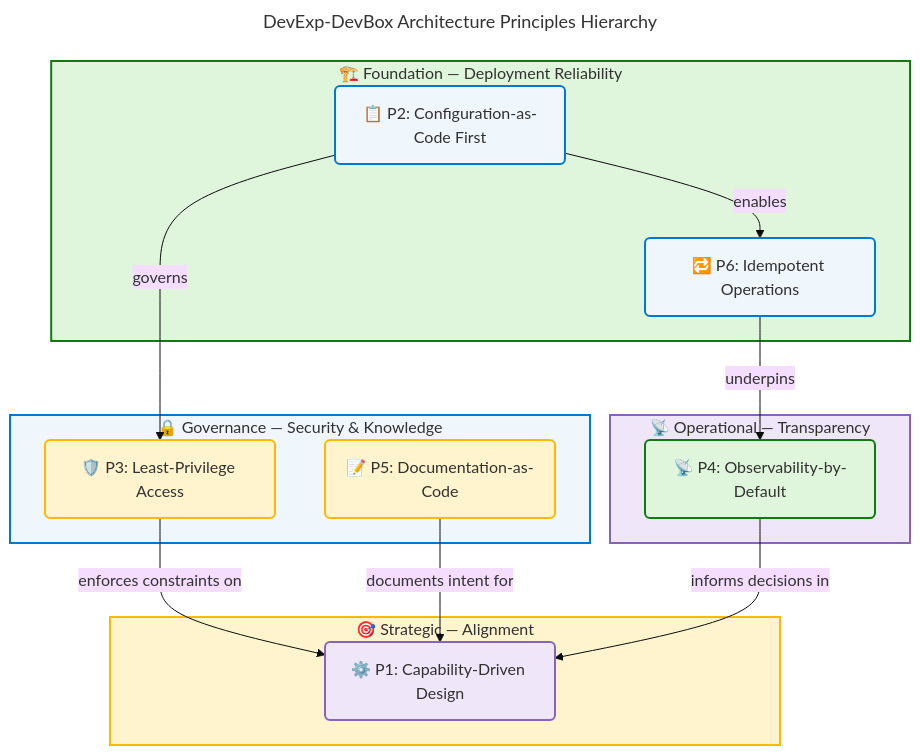
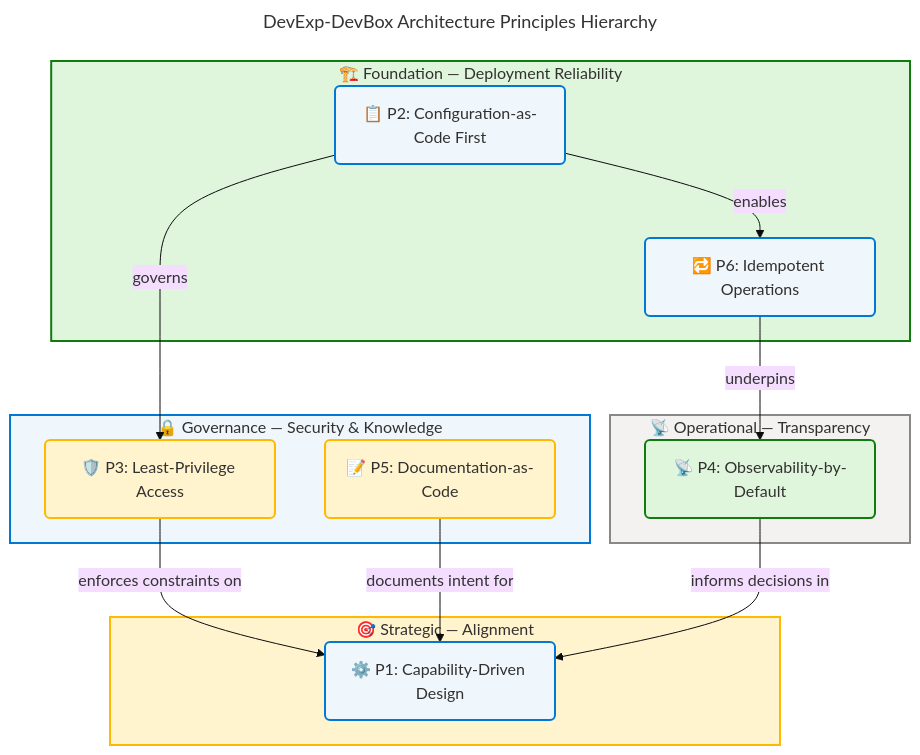
Before and after one commit to Evilazaro/DevExp-DevBox: the third of 7 diagrams in docs/architecture/business-architecture.md, drawn with Mermaid. The commit also changed other lines of this file and 1 other file, not shown here.

Commit message:
refactor: Update Mermaid diagram styles for improved visual consistency in data architecture documentation

````diff
--- a/docs/architecture/business-architecture.md
+++ b/docs/architecture/business-architecture.md
@@ -419,62 +419,61 @@
 ```mermaid
 ---
 title: DevExp-DevBox Architecture Principles Hierarchy
 config:
   theme: base
   look: classic
   layout: dagre
   themeVariables:
     fontSize: '16px'
   flowchart:
     htmlLabels: true
 ---
 flowchart TB
     accTitle: DevExp-DevBox Architecture Principles Hierarchy
     accDescr: Shows six architecture principles organized into four governance tiers — Foundation, Security and Knowledge, Operational Transparency, and Strategic Alignment — with dependency arrows showing how lower-tier principles enable higher-tier ones.
 
     %% ═══════════════════════════════════════════════════════════════════════════
     %% AZURE / FLUENT ARCHITECTURE PATTERN v1.1
     %% (Semantic + Structural + Font + Accessibility Governance)
     %% ═══════════════════════════════════════════════════════════════════════════
     %% PHASE 1 - FLUENT UI: All styling uses approved Fluent UI palette only
     %% PHASE 2 - GROUPS: Every subgraph has semantic color via style directive
     %% PHASE 3 - COMPONENTS: Every node has semantic classDef + icon prefix
     %% PHASE 4 - ACCESSIBILITY: accTitle/accDescr present, WCAG AA contrast
     %% PHASE 5 - STANDARD: Governance block present, classDefs centralized
     %% ═══════════════════════════════════════════════════════════════════════════
 
     subgraph foundation["🏗️ Foundation — Deployment Reliability"]
         p2("📋 P2: Configuration-as-Code First"):::core
         p6("🔁 P6: Idempotent Operations"):::core
     end
 
     subgraph governance["🔒 Governance — Security & Knowledge"]
         p3("🛡️ P3: Least-Privilege Access"):::warning
         p5("📝 P5: Documentation-as-Code"):::warning
     end
 
     subgraph operational["📡 Operational — Transparency"]
         p4("📡 P4: Observability-by-Default"):::success
     end
 
     subgraph strategic["🎯 Strategic — Alignment"]
-        p1("⚙️ P1: Capability-Driven Design"):::data
+        p1("⚙️ P1: Capability-Driven Design"):::core
     end
 
     p2 -->|"governs"| p3
     p2 -->|"enables"| p6
     p6 -->|"underpins"| p4
     p3 -->|"enforces constraints on"| p1
     p5 -->|"documents intent for"| p1
     p4 -->|"informs decisions in"| p1
 
     style foundation fill:#DFF6DD,stroke:#107C10,stroke-width:2px,color:#323130
     style governance fill:#EFF6FC,stroke:#0078D4,stroke-width:2px,color:#323130
-    style operational fill:#F0E6FA,stroke:#8764B8,stroke-width:2px,color:#323130
+    style operational fill:#F3F2F1,stroke:#8A8886,stroke-width:2px,color:#323130
     style strategic fill:#FFF4CE,stroke:#FFB900,stroke-width:2px,color:#323130
 
     classDef core fill:#EFF6FC,stroke:#0078D4,stroke-width:2px,color:#323130
     classDef warning fill:#FFF4CE,stroke:#FFB900,stroke-width:2px,color:#323130
     classDef success fill:#DFF6DD,stroke:#107C10,stroke-width:2px,color:#323130
-    classDef data fill:#F0E6FA,stroke:#8764B8,stroke-width:2px,color:#323130
 ```
````
